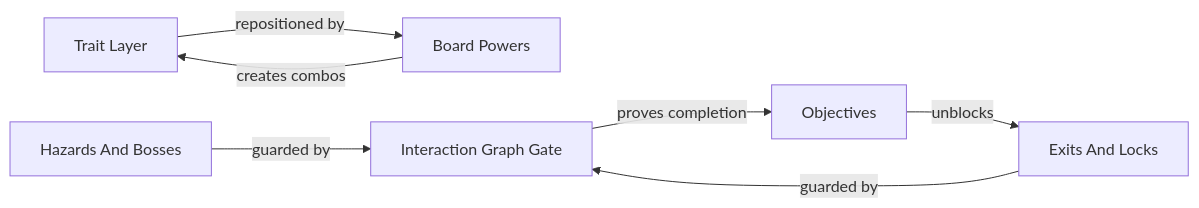
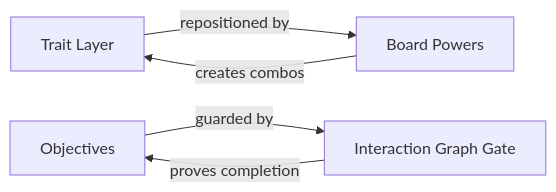
The third of 11 diagrams in docs/system-diagrams/README.md (BorisThoris/memory-dungeon), drawn with Mermaid before and after one commit. The commit also changed other lines of this file and 296 other files, not shown here.

````diff
--- a/docs/system-diagrams/README.md
+++ b/docs/system-diagrams/README.md
@@ -133,15 +133,11 @@
 ```mermaid
 flowchart LR
     traits["Trait Layer"]
     powers["Board Powers"]
-    hazards_bosses["Hazards And Bosses"]
-    exits_locks["Exits And Locks"]
     objectives["Objectives"]
     safety_graph["Interaction Graph Gate"]
     traits -->|"repositioned by"| powers
     powers -->|"creates combos"| traits
-    hazards_bosses -->|"guarded by"| safety_graph
-    exits_locks -->|"guarded by"| safety_graph
-    objectives -->|"unblocks"| exits_locks
+    objectives -->|"guarded by"| safety_graph
     safety_graph -->|"proves completion"| objectives
 ```
````
